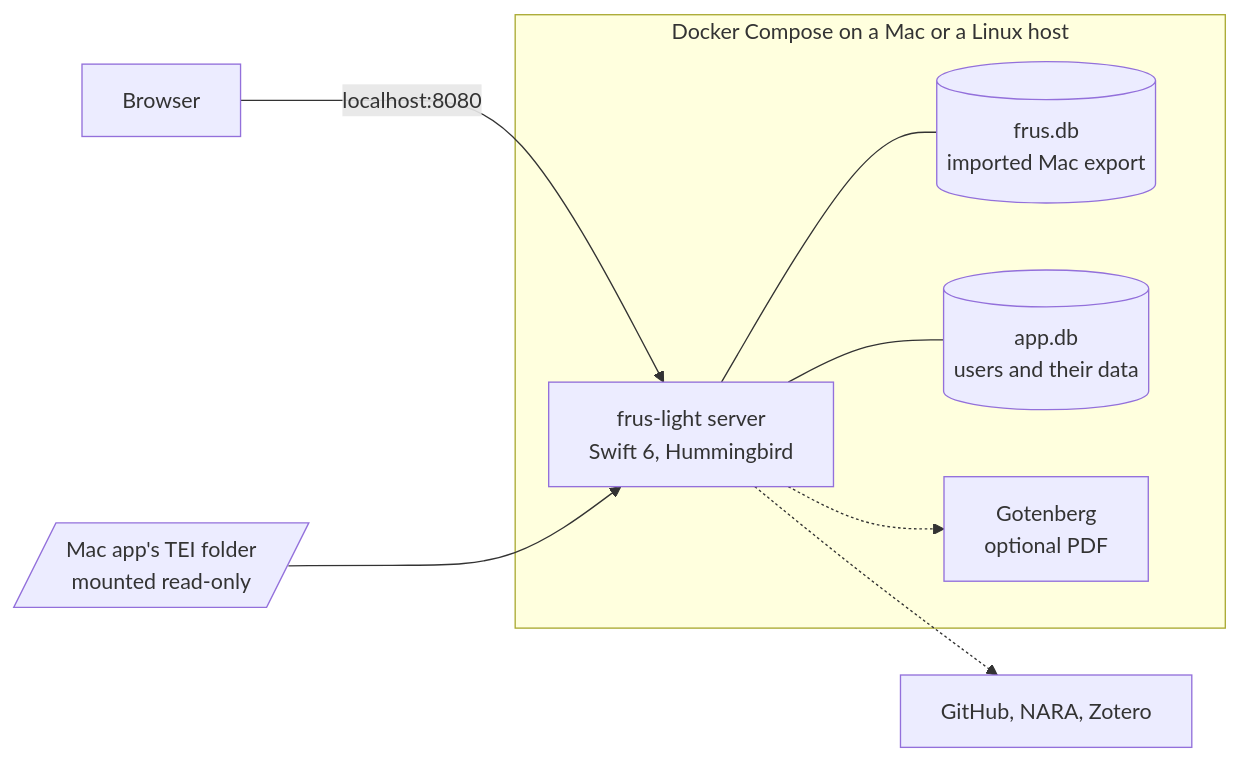
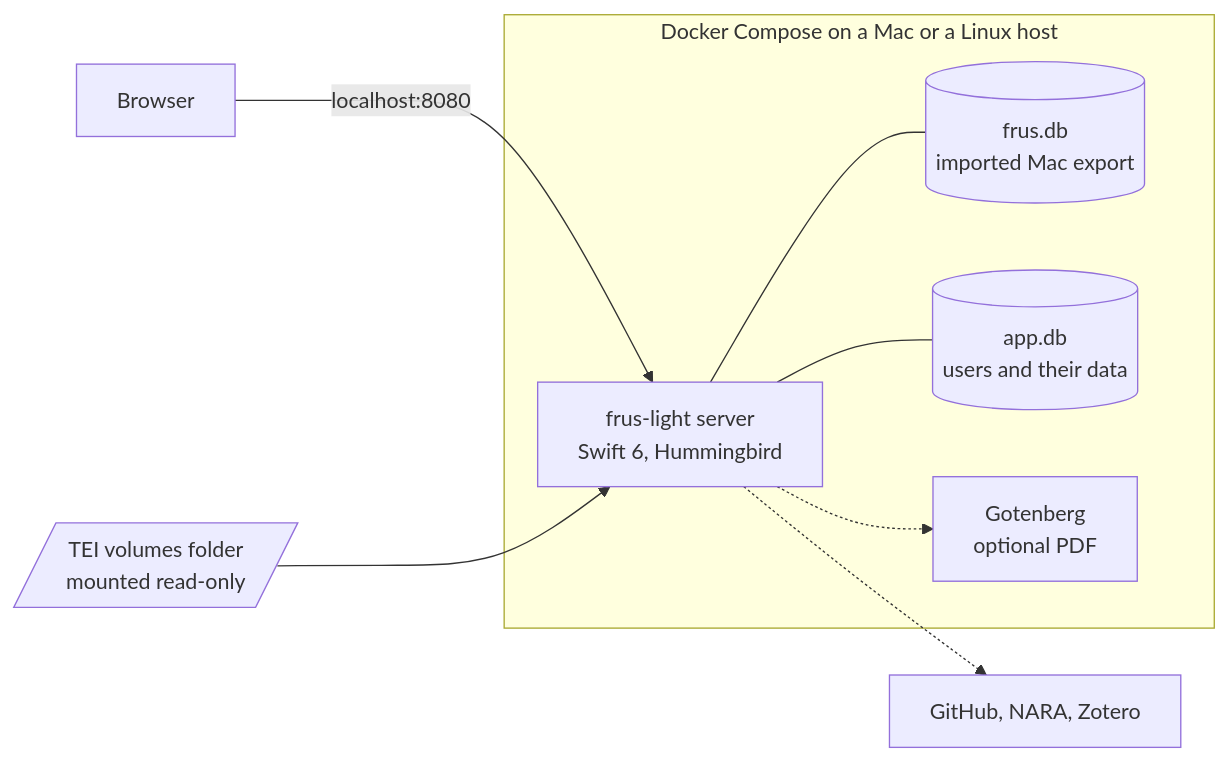
Before and after one commit to joshbotts/FRUS-Explorer-Web-App: the diagram in README.md, drawn with Mermaid. The commit also changed other lines of this file and 17 other files, not shown here.

````diff
--- a/README.md
+++ b/README.md
@@ -20,11 +20,11 @@
 ```mermaid
 flowchart LR
   B[Browser] -->|localhost:8080| S
   subgraph C[Docker Compose on a Mac or a Linux host]
     S[frus-light server<br/>Swift 6, Hummingbird] --- I[(frus.db<br/>imported Mac export)]
     S --- U[(app.db<br/>users and their data)]
     S -.-> P[Gotenberg<br/>optional PDF]
   end
-  T[/Mac app's TEI folder<br/>mounted read-only/] --> S
+  T[/TEI volumes folder<br/>mounted read-only/] --> S
   S -.-> X[GitHub, NARA, Zotero]
 ```
````
